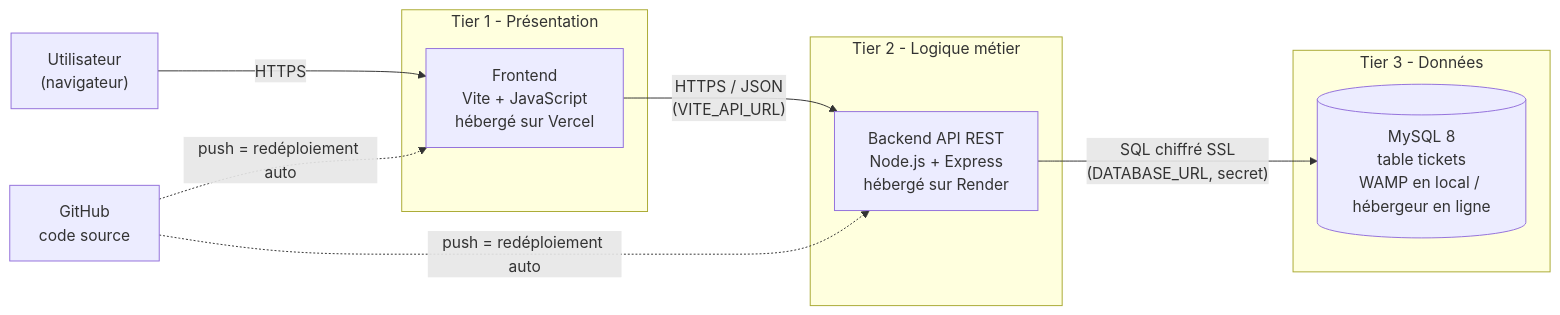
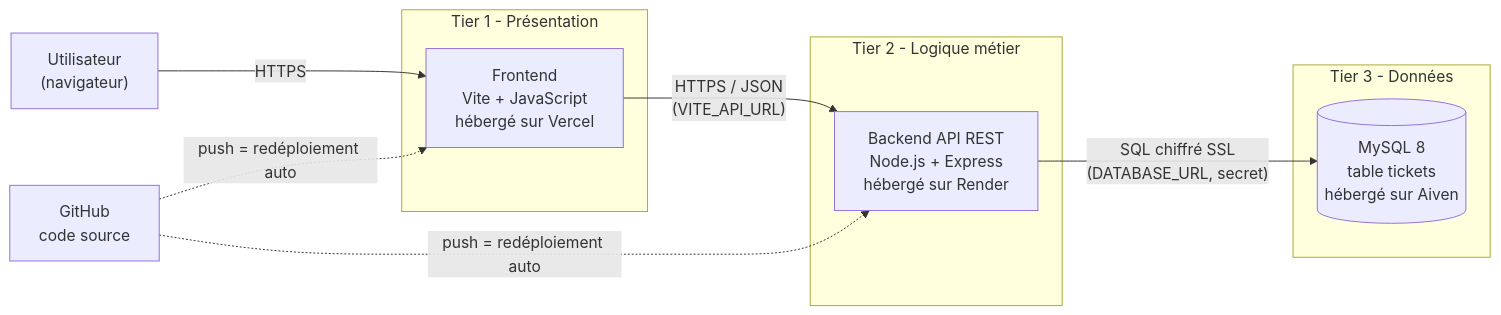
Before and after one commit to LisaPayan/Hebergement: the diagram in docs/architecture.md, drawn with Mermaid. The commit also changed other lines of this file and 1 other file, not shown here.

````diff
--- a/docs/architecture.md
+++ b/docs/architecture.md
@@ -5,20 +5,20 @@
 ```mermaid
 flowchart LR
     U["Utilisateur<br/>(navigateur)"]
     subgraph T1["Tier 1 - Présentation"]
         F["Frontend<br/>Vite + JavaScript<br/>hébergé sur Vercel"]
     end
     subgraph T2["Tier 2 - Logique métier"]
         B["Backend API REST<br/>Node.js + Express<br/>hébergé sur Render"]
     end
     subgraph T3["Tier 3 - Données"]
-        D[("MySQL 8<br/>table tickets<br/>WAMP en local / hébergeur en ligne")]
+        D[("MySQL 8<br/>table tickets<br/>hébergé sur Aiven")]
     end
     G["GitHub<br/>code source"]
 
     U -- HTTPS --> F
     F -- "HTTPS / JSON<br/>(VITE_API_URL)" --> B
     B -- "SQL chiffré SSL<br/>(DATABASE_URL, secret)" --> D
     G -. "push = redéploiement auto" .-> F
     G -. "push = redéploiement auto" .-> B
 ```
````
